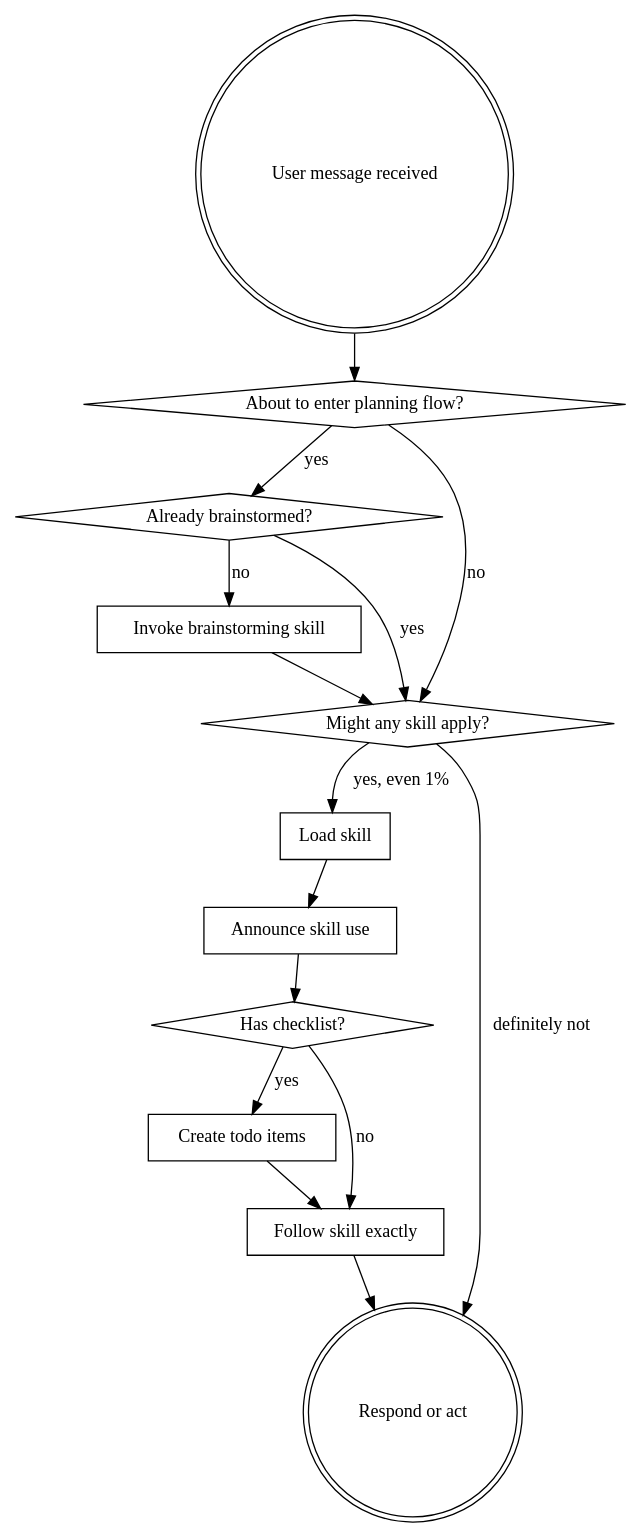
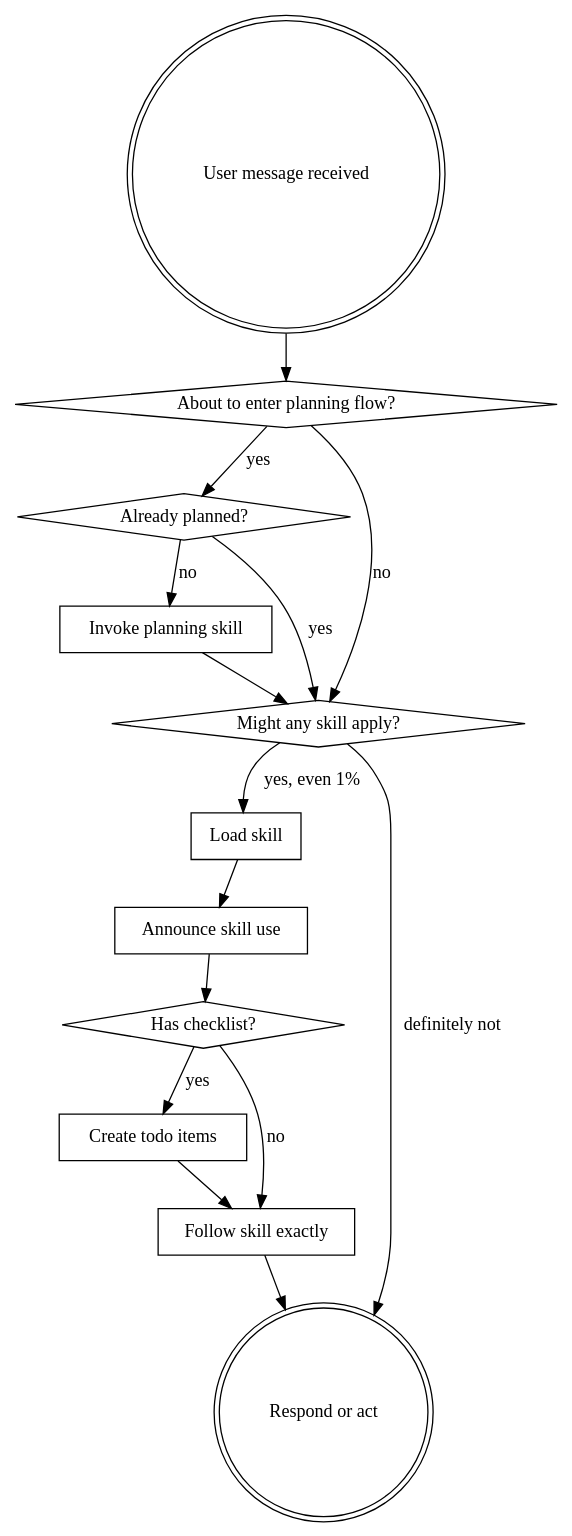
Before and after one commit to clashmar/know-how: the diagram in extension/skills/using-know-how/SKILL.md, drawn with Graphviz. The commit also changed other lines of this file and 9 other files, not shown here.

Commit message:
chore(skills): rename planning to brainstorming

````diff
--- a/extension/skills/using-know-how/SKILL.md
+++ b/extension/skills/using-know-how/SKILL.md
@@ -40,30 +40,30 @@
 ```dot
 digraph skill_flow {
     "User message received" [shape=doublecircle];
     "About to enter planning flow?" [shape=diamond];
-    "Already brainstormed?" [shape=diamond];
-    "Invoke brainstorming skill" [shape=box];
+    "Already planned?" [shape=diamond];
+    "Invoke planning skill" [shape=box];
     "Might any skill apply?" [shape=diamond];
     "Load skill" [shape=box];
     "Announce skill use" [shape=box];
     "Has checklist?" [shape=diamond];
     "Create todo items" [shape=box];
     "Follow skill exactly" [shape=box];
     "Respond or act" [shape=doublecircle];
 
     "User message received" -> "About to enter planning flow?";
-    "About to enter planning flow?" -> "Already brainstormed?" [label="yes"];
+    "About to enter planning flow?" -> "Already planned?" [label="yes"];
     "About to enter planning flow?" -> "Might any skill apply?" [label="no"];
-    "Already brainstormed?" -> "Invoke brainstorming skill" [label="no"];
-    "Already brainstormed?" -> "Might any skill apply?" [label="yes"];
-    "Invoke brainstorming skill" -> "Might any skill apply?";
+    "Already planned?" -> "Invoke planning skill" [label="no"];
+    "Already planned?" -> "Might any skill apply?" [label="yes"];
+    "Invoke planning skill" -> "Might any skill apply?";
     "Might any skill apply?" -> "Load skill" [label="yes, even 1%"];
     "Might any skill apply?" -> "Respond or act" [label="definitely not"];
     "Load skill" -> "Announce skill use";
     "Announce skill use" -> "Has checklist?";
     "Has checklist?" -> "Create todo items" [label="yes"];
     "Has checklist?" -> "Follow skill exactly" [label="no"];
     "Create todo items" -> "Follow skill exactly";
     "Follow skill exactly" -> "Respond or act";
 }
 ```
````
